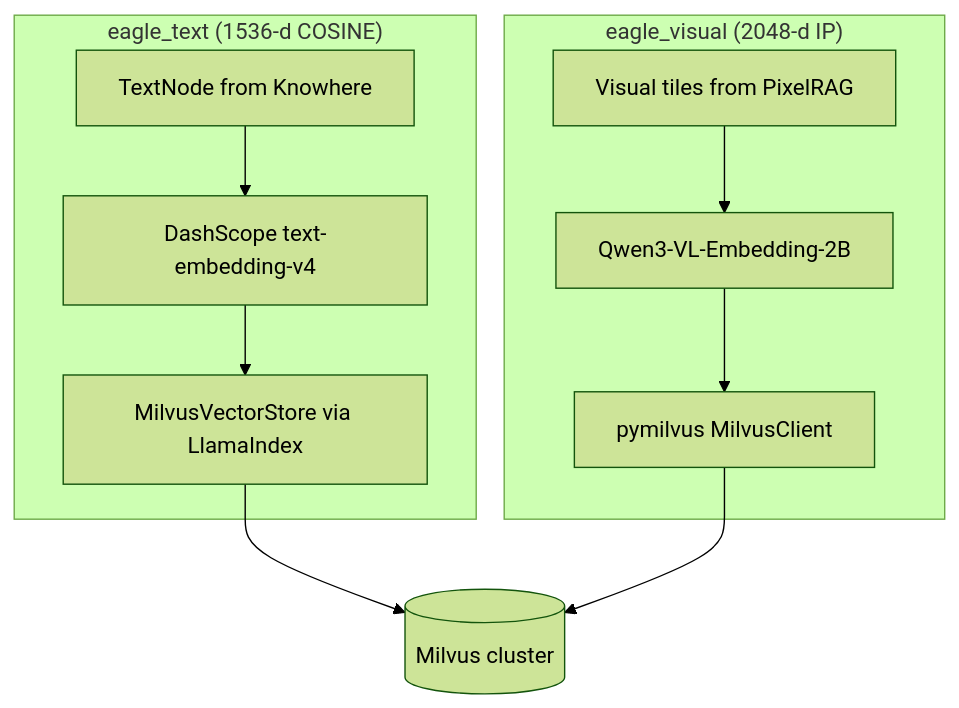
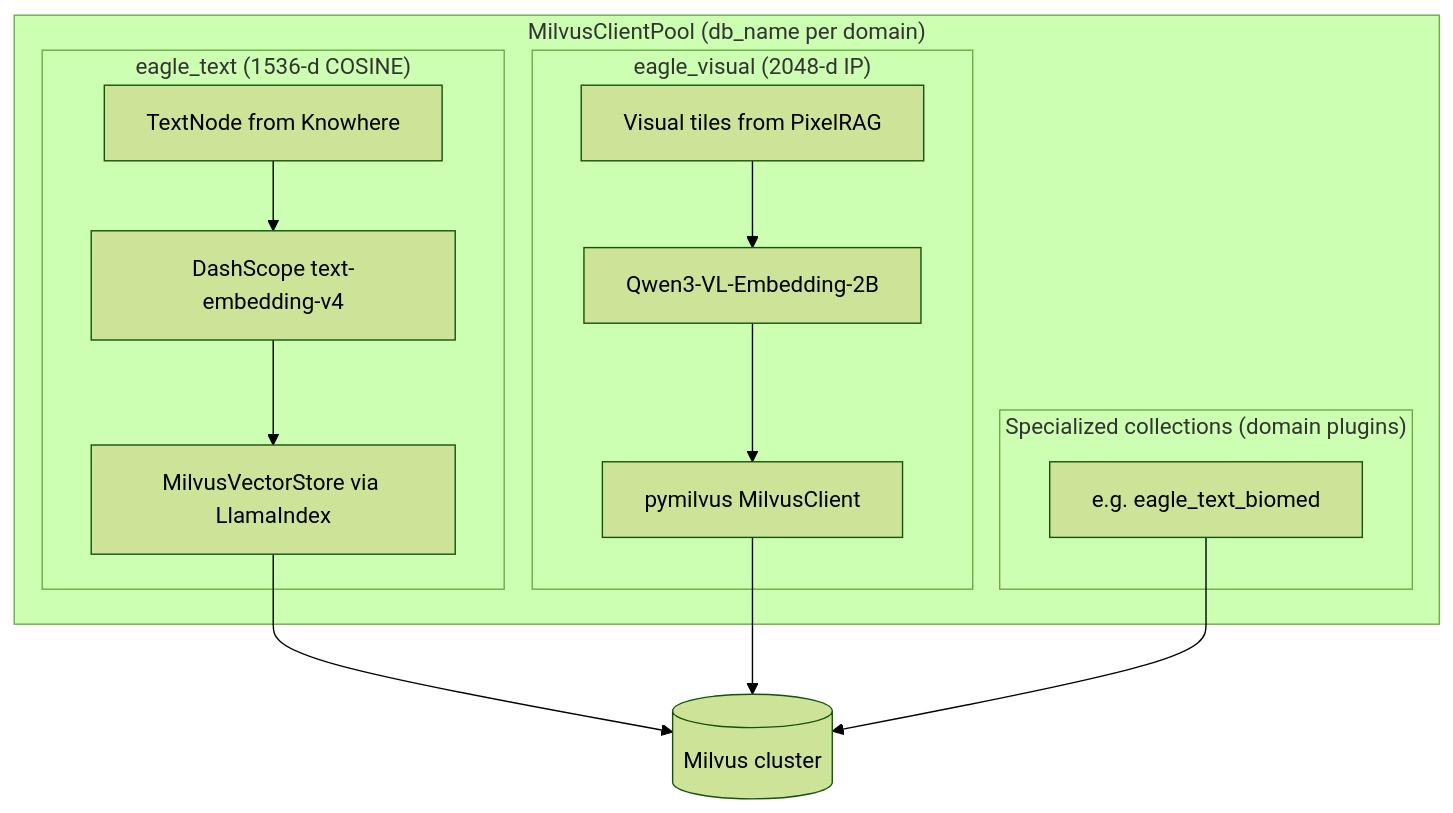
One commit to zhiweio/EagleRAG changed the diagram in docs/en/backend/vector-stores.md. Above: the diagram before and after it, drawn with Mermaid (forest theme). The commit also changed other lines of this file and 249 other files, not shown here.

Commit message:
feat: refactor system into micro-kernel puls plugin RAG platform

````diff
--- a/docs/en/backend/vector-stores.md
+++ b/docs/en/backend/vector-stores.md
@@ -35,17 +37,23 @@
 ```mermaid
 flowchart TB
-    subgraph Text["eagle_text (1536-d COSINE)"]
-        TN[TextNode from Knowhere]
-        TE[DashScope text-embedding-v4]
-        LVS[MilvusVectorStore via LlamaIndex]
-    end
-    subgraph Visual["eagle_visual (2048-d IP)"]
-        TT[Visual tiles from PixelRAG]
-        VE[Qwen3-VL-Embedding-2B]
-        PM[pymilvus MilvusClient]
+    subgraph Pool["MilvusClientPool (db_name per domain)"]
+        subgraph Text["eagle_text (1536-d COSINE)"]
+            TN[TextNode from Knowhere]
+            TE[DashScope text-embedding-v4]
+            LVS[MilvusVectorStore via LlamaIndex]
+        end
+        subgraph Visual["eagle_visual (2048-d IP)"]
+            TT[Visual tiles from PixelRAG]
+            VE[Qwen3-VL-Embedding-2B]
+            PM[pymilvus MilvusClient]
+        end
+        subgraph Plugin["Specialized collections (domain plugins)"]
+            SPEC[e.g. eagle_text_biomed]
+        end
     end
     TN --> TE --> LVS
     TT --> VE --> PM
     LVS --> MILVUS[(Milvus cluster)]
     PM --> MILVUS
+    SPEC --> MILVUS
 ```
````
